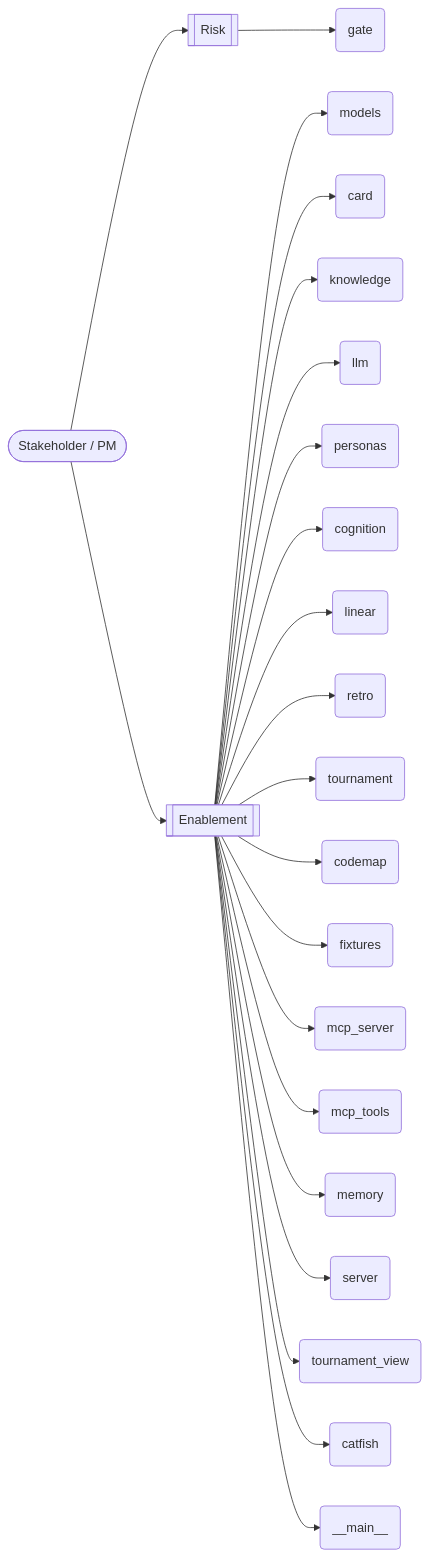
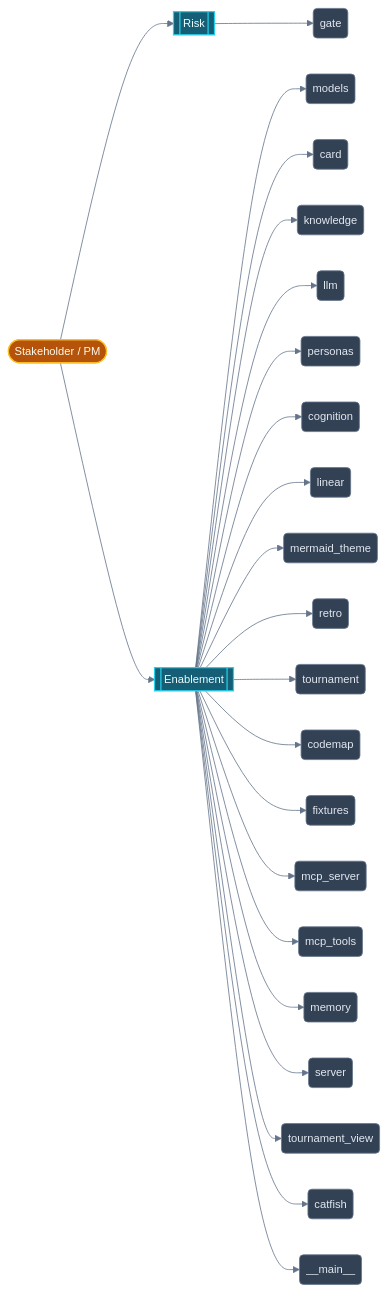
Before and after one commit to JamalMansuri/fried-catfish: the diagram in wiki/business.md, drawn with Mermaid. The commit also changed other lines of this file and 8 other files, not shown here.

First line of the commit message:
Theme the generated mermaid diagrams (GitHub-native init + classDef)

````diff
--- a/wiki/business.md
+++ b/wiki/business.md
@@ -13,27 +13,37 @@
 ```mermaid
+%%{init: {"theme": "base", "themeVariables": {"fontFamily": "ui-monospace, SFMono-Regular, Menlo, Consolas, monospace", "fontSize": "14px", "primaryColor": "#1e293b", "primaryTextColor": "#e2e8f0", "primaryBorderColor": "#475569", "lineColor": "#64748b", "secondaryColor": "#334155", "tertiaryColor": "#0f172a", "edgeLabelBackground": "#0f172a"}, "flowchart": {"curve": "basis", "nodeSpacing": 45, "rankSpacing": 60, "padding": 8}}}%%
 graph LR
   user([Stakeholder / PM])
   risk[[Risk]]
   user --> risk
   risk --> catfish-gate(gate)
   enablement[[Enablement]]
   user --> enablement
   enablement --> catfish-models(models)
   enablement --> catfish-card(card)
   enablement --> catfish-knowledge(knowledge)
   enablement --> catfish-llm(llm)
   enablement --> catfish-personas(personas)
   enablement --> catfish-cognition(cognition)
   enablement --> catfish-linear(linear)
+  enablement --> catfish-mermaid_theme(mermaid_theme)
   enablement --> catfish-retro(retro)
   enablement --> catfish-tournament(tournament)
   enablement --> catfish-codemap(codemap)
   enablement --> catfish-fixtures(fixtures)
   enablement --> catfish-mcp_server(mcp_server)
   enablement --> catfish-mcp_tools(mcp_tools)
   enablement --> catfish-memory(memory)
   enablement --> catfish-server(server)
   enablement --> catfish-tournament_view(tournament_view)
   enablement --> catfish(catfish)
   enablement --> catfish-__main__(__main__)
+classDef engine fill:#155e75,stroke:#22d3ee,stroke-width:1.5px,color:#ecfeff;
+classDef io fill:#334155,stroke:#64748b,stroke-width:1px,color:#e2e8f0;
+classDef accent fill:#b45309,stroke:#fbbf24,stroke-width:1.5px,color:#fffbeb;
+classDef gate fill:#7f1d1d,stroke:#fbbf24,stroke-width:2px,color:#fff7ed;
+classDef good fill:#166534,stroke:#4ade80,stroke-width:1.5px,color:#f0fdf4;
+  class user accent
+  class risk,enablement engine
+  class catfish-gate,catfish-models,catfish-card,catfish-knowledge,catfish-llm,catfish-personas,catfish-cognition,catfish-linear,catfish-mermaid_theme,catfish-retro,catfish-tournament,catfish-codemap,catfish-fixtures,catfish-mcp_server,catfish-mcp_tools,catfish-memory,catfish-server,catfish-tournament_view,catfish,catfish-__main__ io
 ```
````
